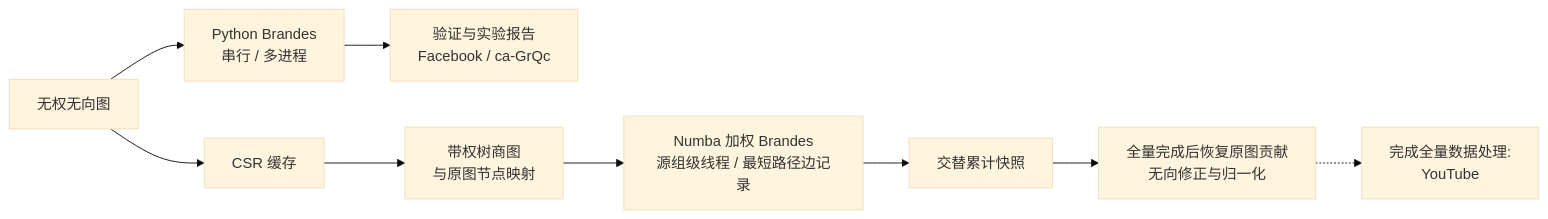
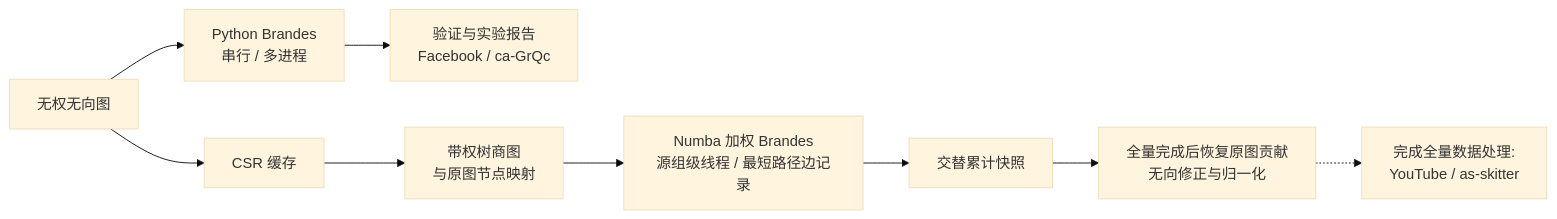
Before and after one commit to lyx0902/LinkRadar: the diagram in README.md, drawn with Mermaid (base theme). The commit also changed other lines of this file and 11 other files, not shown here.

````diff
--- a/README.md
+++ b/README.md
@@ -27,11 +27,11 @@
 ```mermaid
 flowchart LR
     G["无权无向图"] --> P["Python Brandes<br/>串行 / 多进程"]
     P --> V["验证与实验报告<br/>Facebook / ca-GrQc"]
     G --> C["CSR 缓存"]
     C --> Q["带权树商图<br/>与原图节点映射"]
     Q --> N["Numba 加权 Brandes<br/>源组级线程 / 最短路径边记录"]
     N --> S["交替累计快照"]
     S --> R["全量完成后恢复原图贡献<br/>无向修正与归一化"]
-    R -.->W["完成全量数据处理:<br/> YouTube"]
+    R -.->W["完成全量数据处理:<br/> YouTube / as-skitter"]
 ```
````
